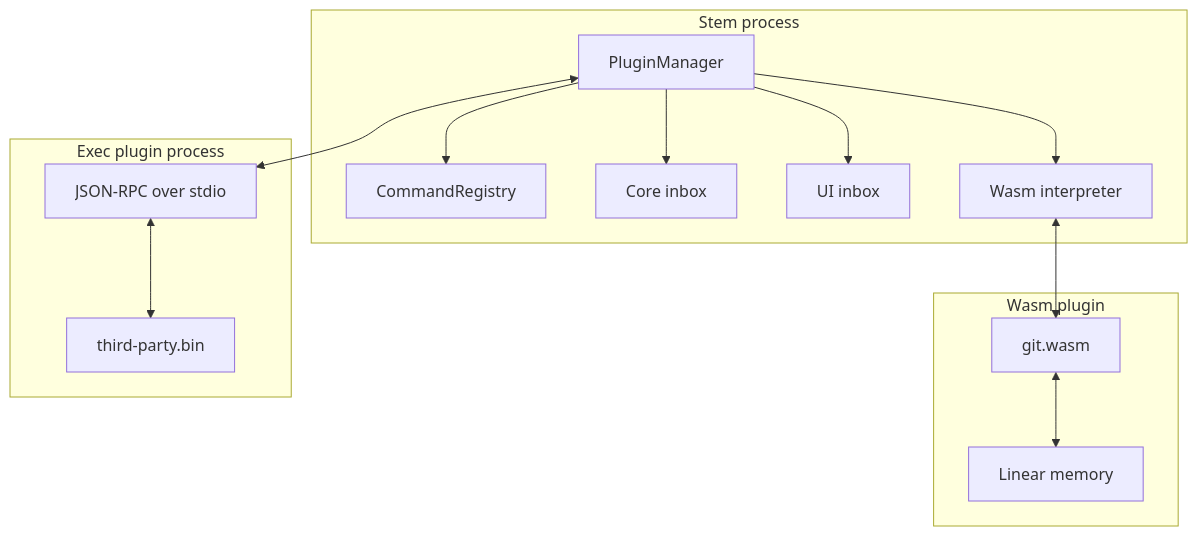
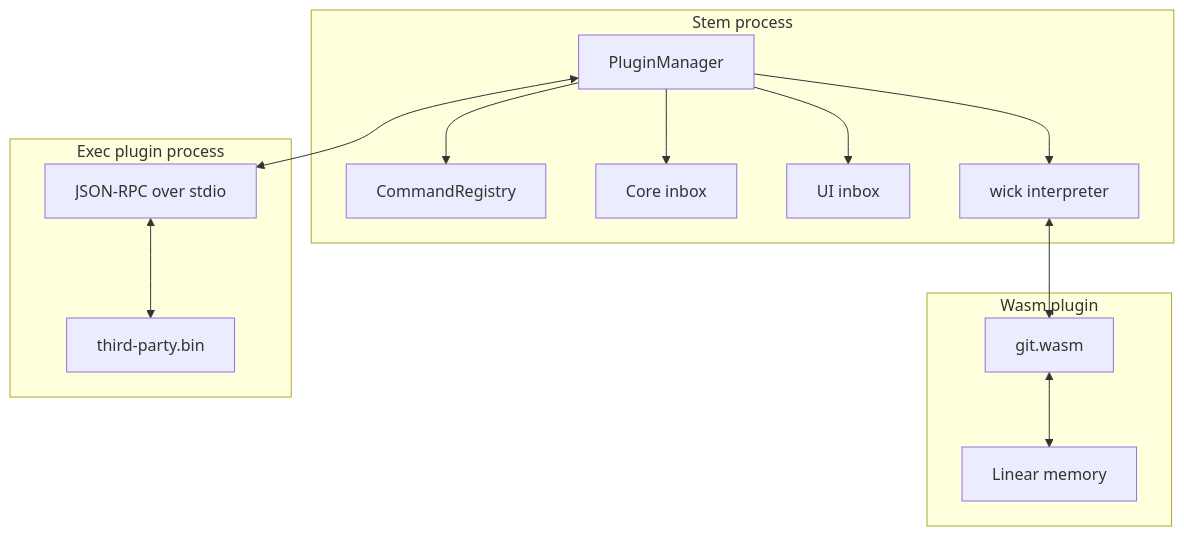
The diagram in docs/plugins.md (ooyeku/stem), drawn with Mermaid before and after one commit. The commit also changed other lines of this file and 9 other files, not shown here.

````diff
--- a/docs/plugins.md
+++ b/docs/plugins.md
@@ -338,29 +345,29 @@
 ```mermaid
 graph TB
     subgraph "Stem process"
         PM[PluginManager]
         CR[CommandRegistry]
         CORE[Core inbox]
         UI[UI inbox]
-        WASM[Wasm interpreter]
+        WASM[wick interpreter]
     end
 
     subgraph "Wasm plugin"
         WP[git.wasm]
         MEM[Linear memory]
     end
 
     subgraph "Exec plugin process"
         EP[third-party.bin]
         STDIO[JSON-RPC over stdio]
     end
 
     PM --> CR
     PM --> WASM
     WASM <--> WP
     WP <--> MEM
     PM <--> STDIO
     STDIO <--> EP
     PM --> CORE
     PM --> UI
 ```
````
